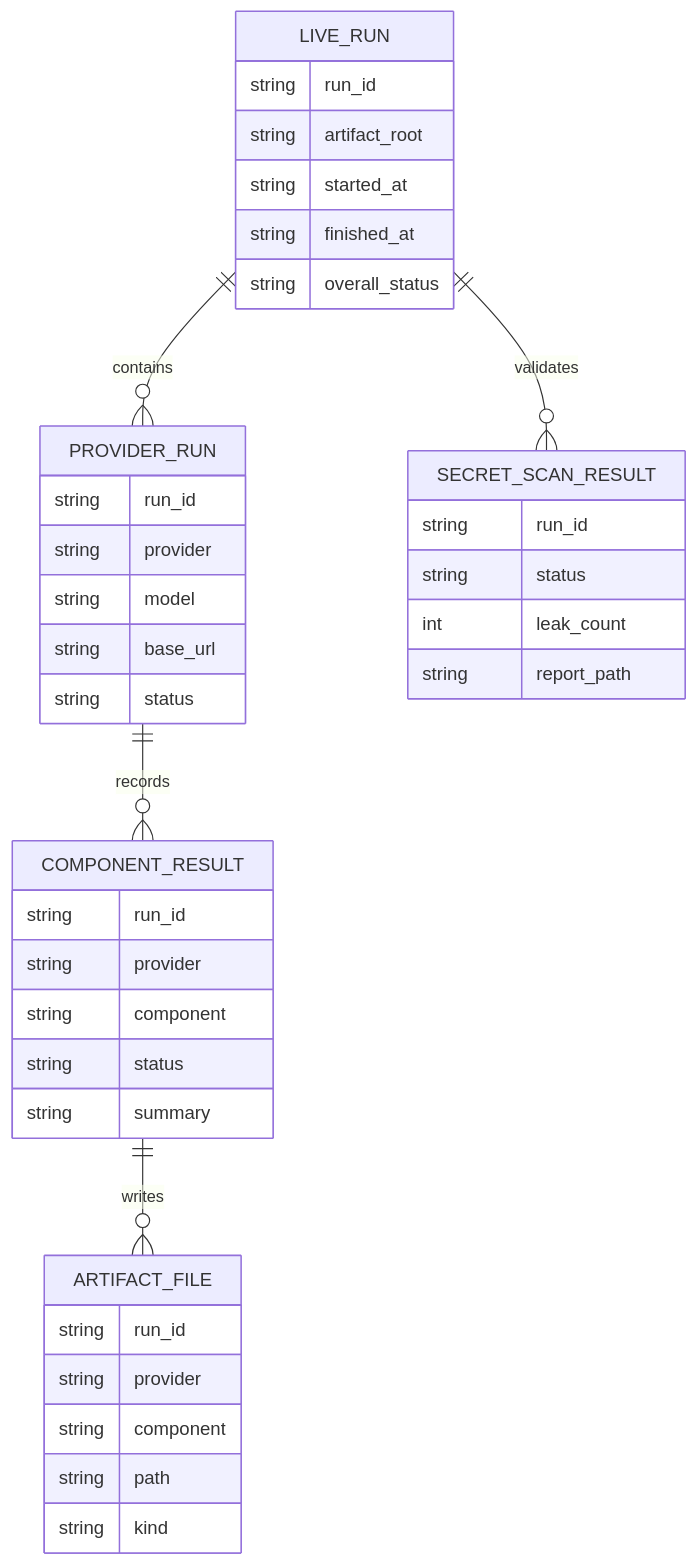
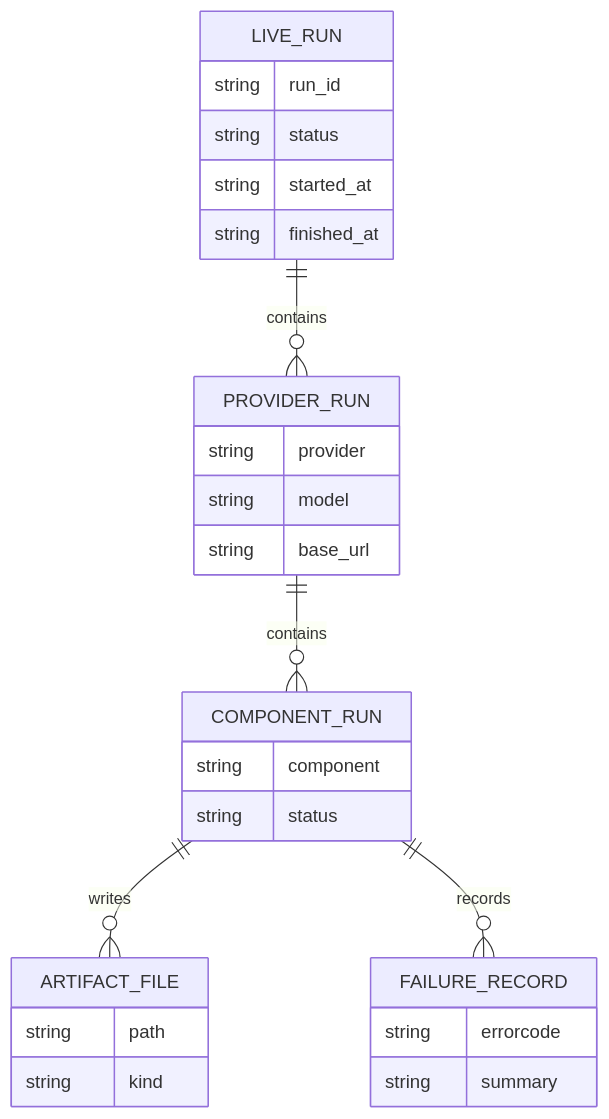
One commit to jaytaylor/attractor-tcl changed the second of 5 diagrams in docs/sprints/SPRINT-004-comprehensive-implementation-plan.md. Above: the diagram before and after it, drawn with Mermaid. The commit also changed other lines of this file, not shown here.

````diff
--- a/docs/sprints/SPRINT-004-comprehensive-implementation-plan.md
+++ b/docs/sprints/SPRINT-004-comprehensive-implementation-plan.md
@@ -1330,46 +1890,31 @@
 ```mermaid
 erDiagram
   LIVE_RUN ||--o{ PROVIDER_RUN : contains
-  PROVIDER_RUN ||--o{ COMPONENT_RESULT : records
-  COMPONENT_RESULT ||--o{ ARTIFACT_FILE : writes
-  LIVE_RUN ||--o{ SECRET_SCAN_RESULT : validates
+  PROVIDER_RUN ||--o{ COMPONENT_RUN : contains
+  COMPONENT_RUN ||--o{ ARTIFACT_FILE : writes
+  COMPONENT_RUN ||--o{ FAILURE_RECORD : records
 
   LIVE_RUN {
     string run_id
-    string artifact_root
+    string status
     string started_at
     string finished_at
-    string overall_status
   }
-
   PROVIDER_RUN {
-    string run_id
     string provider
     string model
     string base_url
+  }
+  COMPONENT_RUN {
+    string component
     string status
   }
-
-  COMPONENT_RESULT {
-    string run_id
-    string provider
-    string component
-    string status
-    string summary
-  }
-
   ARTIFACT_FILE {
-    string run_id
-    string provider
-    string component
     string path
     string kind
   }
-
-  SECRET_SCAN_RESULT {
-    string run_id
-    string status
-    int leak_count
-    string report_path
+  FAILURE_RECORD {
+    string errorcode
+    string summary
   }
 ```
````
